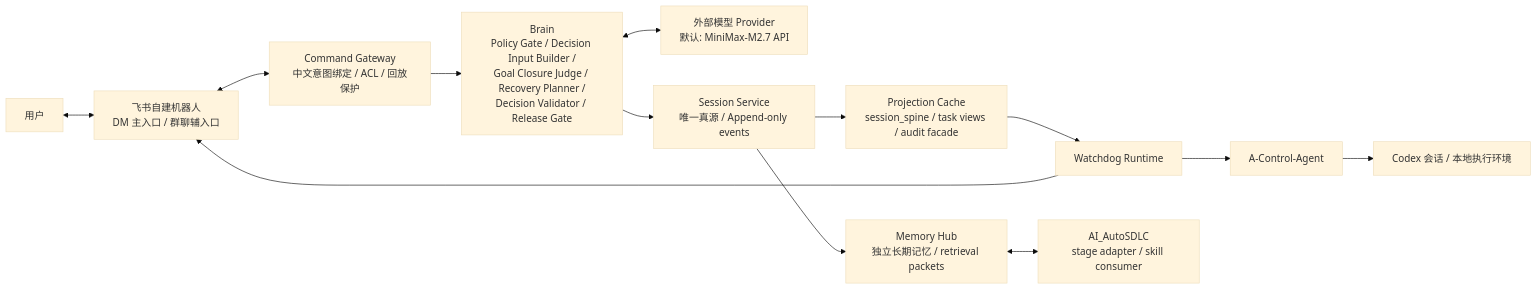
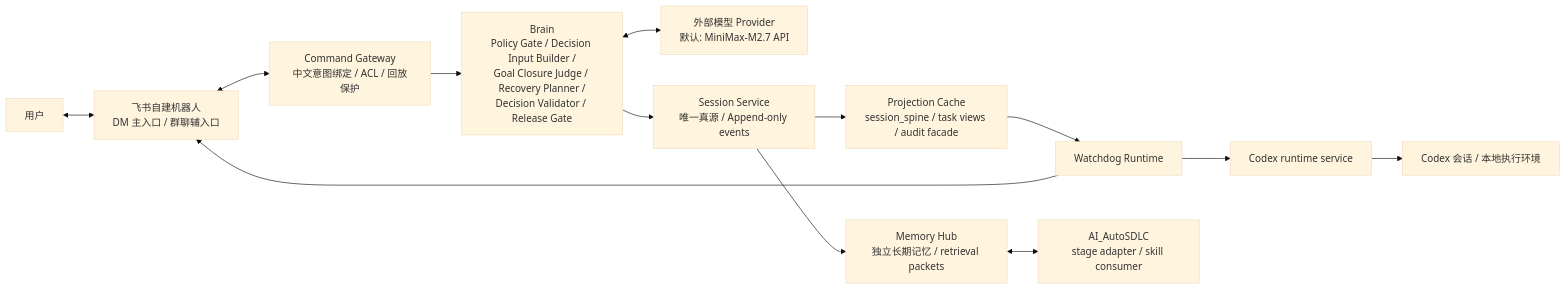
The diagram in docs/architecture/codex-long-running-autonomy-design.md (sinclairpan-git/codex-watchdog), drawn with Mermaid (base theme) before and after one commit. The commit also changed other lines of this file and 346 other files, not shown here.

````diff
--- a/docs/architecture/codex-long-running-autonomy-design.md
+++ b/docs/architecture/codex-long-running-autonomy-design.md
@@ -91,15 +91,15 @@
 ```mermaid
 flowchart LR
     USER["用户"] <--> FEI["飞书自建机器人\nDM 主入口 / 群聊辅入口"]
     FEI <--> CMD["Command Gateway\n中文意图绑定 / ACL / 回放保护"]
     CMD --> BRAIN["Brain\nPolicy Gate / Decision Input Builder /\nGoal Closure Judge / Recovery Planner /\nDecision Validator / Release Gate"]
     BRAIN <--> MODEL["外部模型 Provider\n默认: MiniMax-M2.7 API"]
     BRAIN --> SVC["Session Service\n唯一真源 / Append-only events"]
     SVC --> PROJ["Projection Cache\nsession_spine / task views / audit facade"]
     SVC --> MEM["Memory Hub\n独立长期记忆 / retrieval packets"]
     PROJ --> WD["Watchdog Runtime"]
-    WD --> ACA["A-Control-Agent"]
+    WD --> ACA["Codex runtime service"]
     ACA --> CODEX["Codex 会话 / 本地执行环境"]
     MEM <--> SDLC["AI_AutoSDLC\nstage adapter / skill consumer"]
     WD --> FEI
 ```
````
